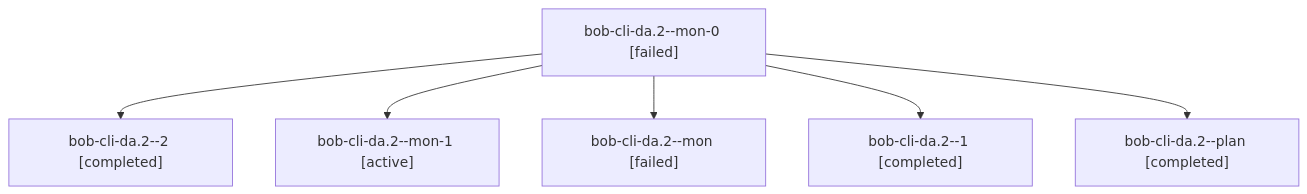
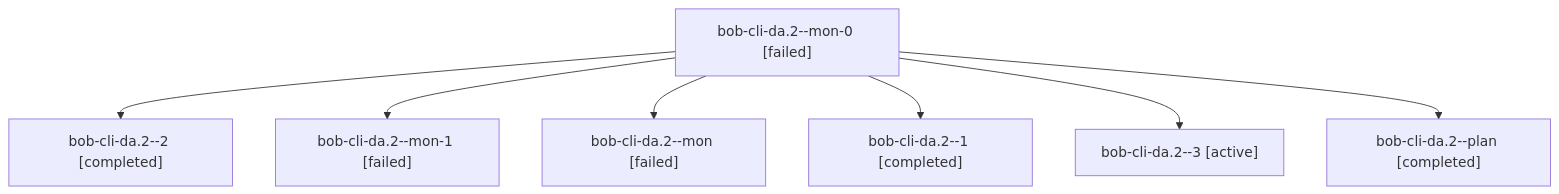
One commit to bobs-org/bob-cli--agents changed the diagram in sessions/bbugyi200.athena.bob-cli-da.2.md. Above: the diagram before and after it, drawn with Mermaid. The commit also changed other lines of this file and 42 other files, not shown here.

````diff
--- a/sessions/bbugyi200.athena.bob-cli-da.2.md
+++ b/sessions/bbugyi200.athena.bob-cli-da.2.md
@@ -9,14 +9,16 @@
 ```mermaid
 flowchart TD
   n0["bob-cli-da.2--mon-0 [failed]"]
   n1["bob-cli-da.2--2 [completed]"]
   n0 --> n1
-  n2["bob-cli-da.2--mon-1 [active]"]
+  n2["bob-cli-da.2--mon-1 [failed]"]
   n0 --> n2
   n3["bob-cli-da.2--mon [failed]"]
   n0 --> n3
   n4["bob-cli-da.2--1 [completed]"]
   n0 --> n4
-  n5["bob-cli-da.2--plan [completed]"]
+  n5["bob-cli-da.2--3 [active]"]
   n0 --> n5
+  n6["bob-cli-da.2--plan [completed]"]
+  n0 --> n6
 ```
````
